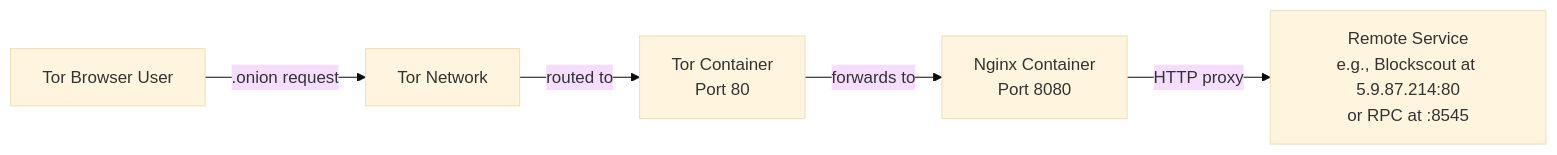
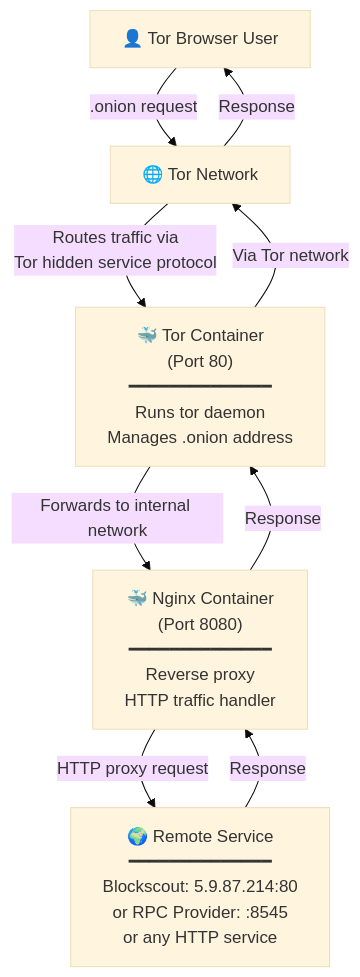
Before and after one commit to igor53627/blockscout-onion: the diagram in README.md, drawn with Mermaid (base theme).

Commit message:
Improve flowchart: make it larger and more detailed
- Change from horizontal (LR) to vertical (TD) layout for better visibility
- Add detailed descriptions in each node (what each component does)
- Show bidirectional flow (request and response paths)
- Add visual icons for quick component identification
- Include port numbers and service details in boxes
- Use separators for better visual structure

The flowchart will now render much larger and be more readable.

🤖 Generated with [Claude Code](https://claude.com/claude-code)

````diff
--- a/README.md
+++ b/README.md
@@ -7,7 +7,12 @@
 ```mermaid
-flowchart LR
-    A[Tor Browser User] -->|.onion request| B[Tor Network]
-    B -->|routed to| C[Tor Container<br/>Port 80]
-    C -->|forwards to| D[Nginx Container<br/>Port 8080]
-    D -->|HTTP proxy| E[Remote Service<br/>e.g., Blockscout at 5.9.87.214:80<br/>or RPC at :8545]
+flowchart TD
+    A["👤 Tor Browser User"] -->|".onion request"| B["🌐 Tor Network"]
+    B -->|"Routes traffic via<br/>Tor hidden service protocol"| C["🐳 Tor Container<br/>(Port 80)<br/>━━━━━━━━━━━━━━<br/>Runs tor daemon<br/>Manages .onion address"]
+    C -->|"Forwards to internal network"| D["🐳 Nginx Container<br/>(Port 8080)<br/>━━━━━━━━━━━━━━<br/>Reverse proxy<br/>HTTP traffic handler"]
+    D -->|"HTTP proxy request"| E["🌍 Remote Service<br/>━━━━━━━━━━━━━━<br/>Blockscout: 5.9.87.214:80<br/>or RPC Provider: :8545<br/>or any HTTP service"]
+
+    E -->|"Response"| D
+    D -->|"Response"| C
+    C -->|"Via Tor network"| B
+    B -->|"Response"| A
 ```
````
